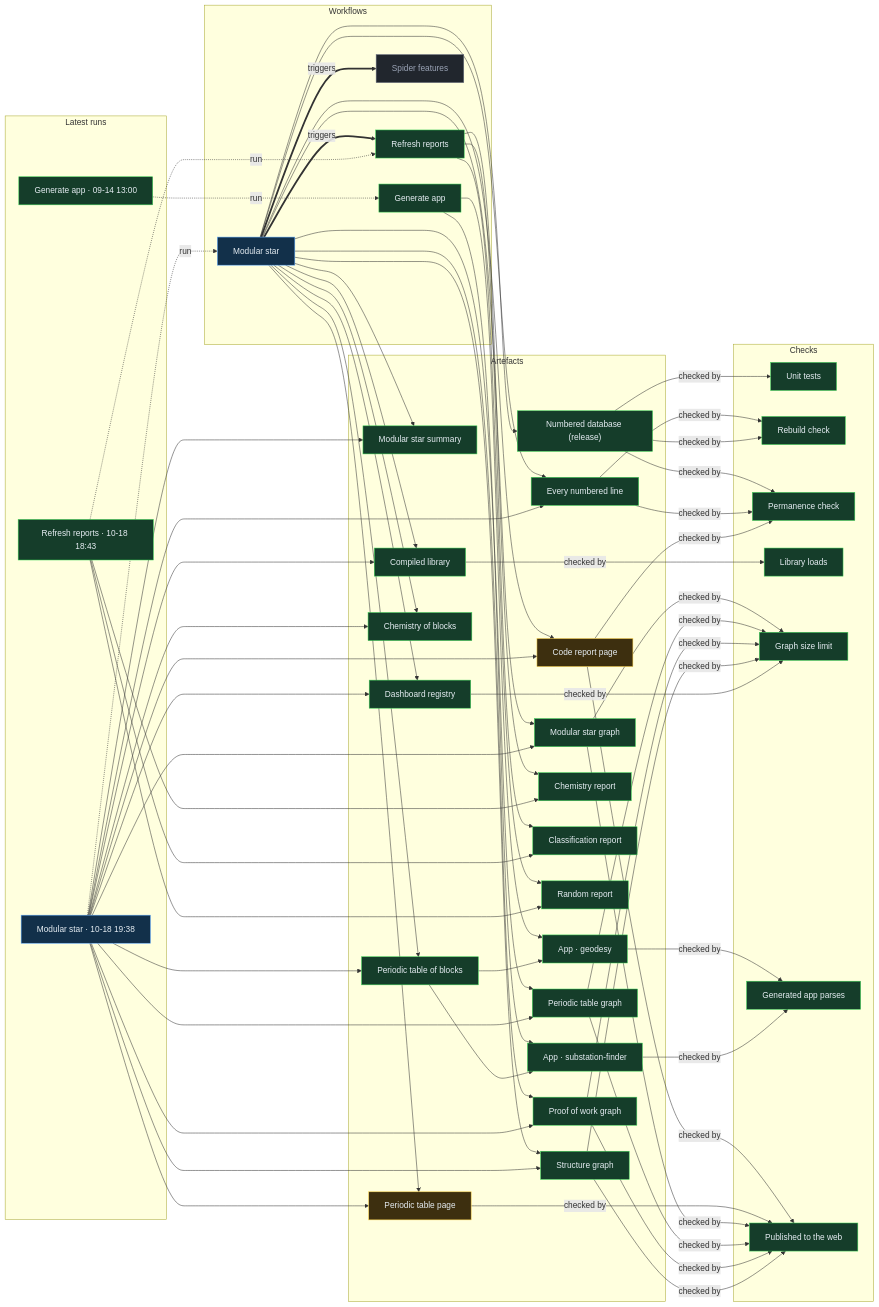
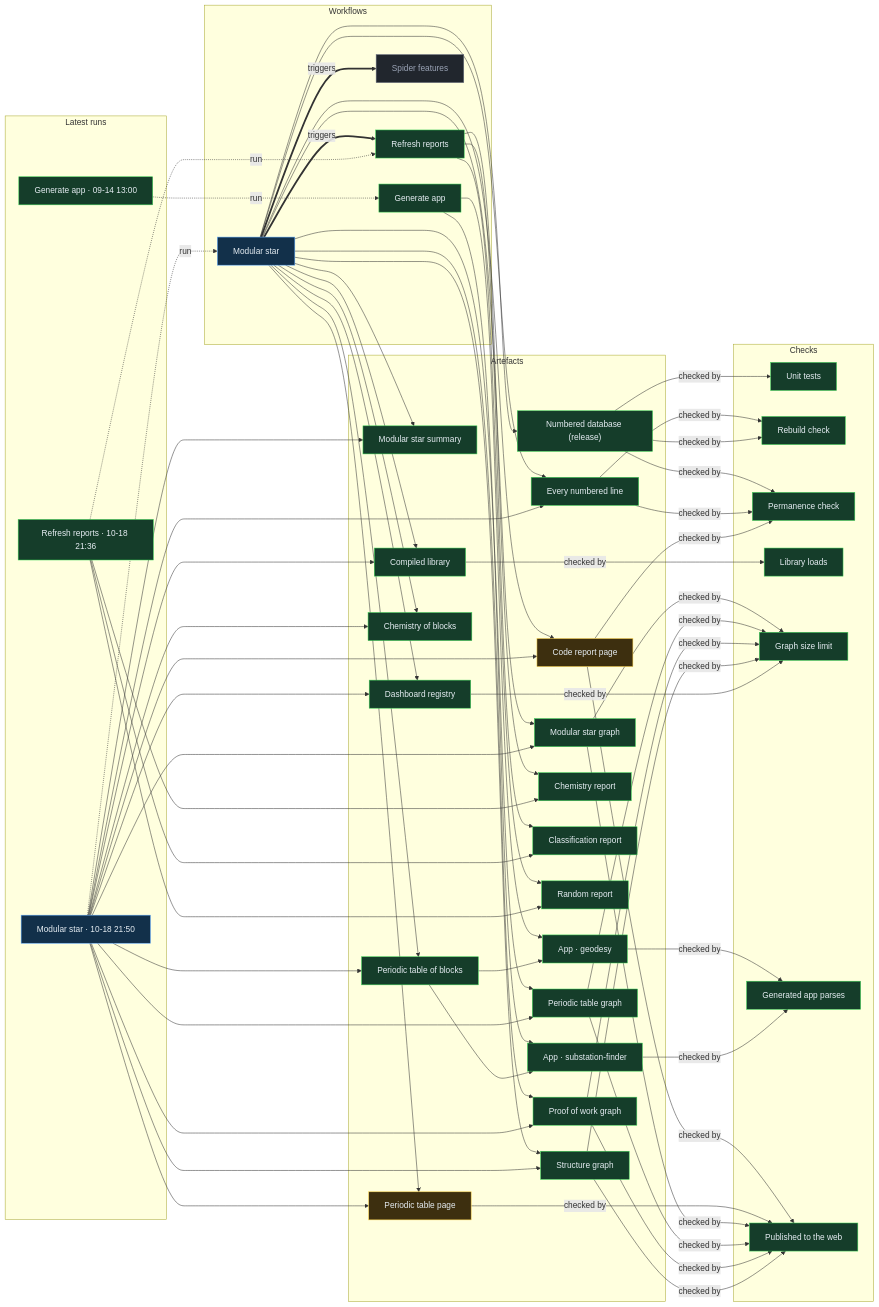
Before and after one commit to Ventusltd/stars: the diagram in proof/PROOF.md, drawn with Mermaid. The commit also changed other lines of this file and 44 other files, not shown here.

Commit message:
Modular star 2026-10-18T21:52Z

```diff
--- a/proof/PROOF.md
+++ b/proof/PROOF.md
@@ -24,8 +24,8 @@
   n_wf_spider_features["Spider features"]:::off
   end
   subgraph g_runs["Latest runs"]
-  n_run_39159684034["Modular star · 10-18 19:38"]:::live
-  n_run_39155463765["Refresh reports · 10-18 18:43"]:::ok
+  n_run_39169632669["Modular star · 10-18 21:50"]:::live
+  n_run_39168626150["Refresh reports · 10-18 21:36"]:::ok
   n_run_34846587798["Generate app · 09-14 13:00"]:::ok
   end
   subgraph g_artefacts["Artefacts"]
@@ -59,39 +59,39 @@
   end
   n_wf_modular_star == triggers ==> n_wf_refresh
   n_wf_modular_star == triggers ==> n_wf_spider_features
-  n_run_39159684034 -. run .-> n_wf_modular_star
-  n_run_39155463765 -. run .-> n_wf_refresh
+  n_run_39169632669 -. run .-> n_wf_modular_star
+  n_run_39168626150 -. run .-> n_wf_refresh
   n_run_34846587798 -. run .-> n_wf_generate
   n_wf_modular_star --> n_art_summary
-  n_run_39159684034 --> n_art_summary
+  n_run_39169632669 --> n_art_summary
   n_wf_modular_star --> n_art_lines
-  n_run_39159684034 --> n_art_lines
+  n_run_39169632669 --> n_art_lines
   n_wf_modular_star --> n_art_code
-  n_run_39159684034 --> n_art_code
+  n_run_39169632669 --> n_art_code
   n_wf_modular_star --> n_art_modular_graph
-  n_run_39159684034 --> n_art_modular_graph
+  n_run_39169632669 --> n_art_modular_graph
   n_wf_modular_star --> n_art_blocks
-  n_run_39159684034 --> n_art_blocks
+  n_run_39169632669 --> n_art_blocks
   n_wf_modular_star --> n_art_table
-  n_run_39159684034 --> n_art_table
+  n_run_39169632669 --> n_art_table
   n_wf_modular_star --> n_art_blocks_graph
-  n_run_39159684034 --> n_art_blocks_graph
+  n_run_39169632669 --> n_art_blocks_graph
   n_wf_modular_star --> n_art_reactions
-  n_run_39159684034 --> n_art_reactions
+  n_run_39169632669 --> n_art_reactions
   n_wf_modular_star --> n_art_library
-  n_run_39159684034 --> n_art_library
+  n_run_39169632669 --> n_art_library
   n_wf_modular_star --> n_art_features
-  n_run_39159684034 --> n_art_features
+  n_run_39169632669 --> n_art_features
   n_wf_modular_star --> n_art_proof
-  n_run_39159684034 --> n_art_proof
+  n_run_39169632669 --> n_art_proof
   n_wf_modular_star --> n_art_structure
-  n_run_39159684034 --> n_art_structure
+  n_run_39169632669 --> n_art_structure
   n_wf_refresh --> n_art_chemistry
-  n_run_39155463765 --> n_art_chemistry
+  n_run_39168626150 --> n_art_chemistry
   n_wf_refresh --> n_art_vedic
-  n_run_39155463765 --> n_art_vedic
+  n_run_39168626150 --> n_art_vedic
   n_wf_refresh --> n_art_random
-  n_run_39155463765 --> n_art_random
+  n_run_39168626150 --> n_art_random
   n_wf_modular_star --> n_art_release
   n_wf_generate --> n_app_geodesy
   n_art_blocks --> n_app_geodesy
```
